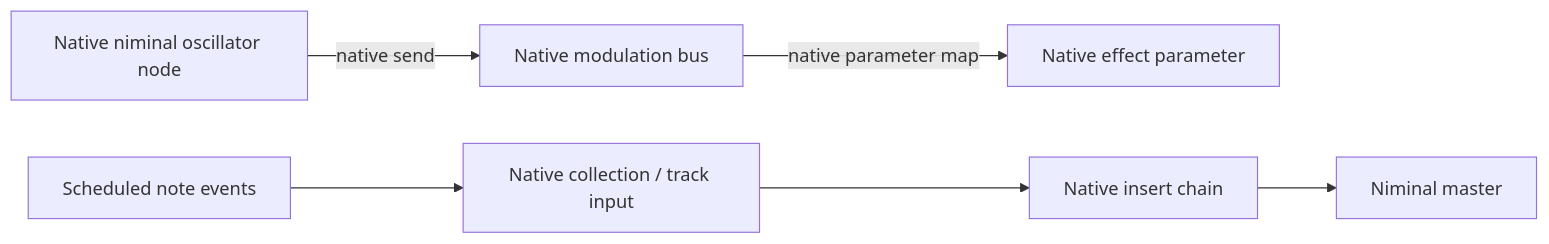
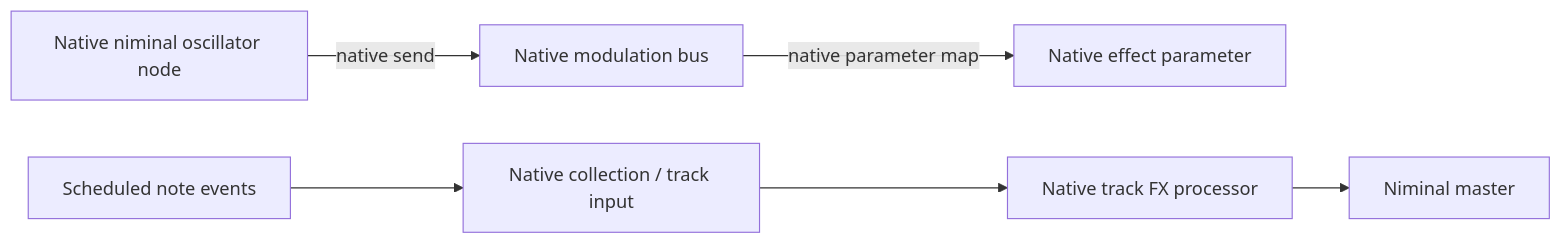
Before and after one commit to martineastwood/niminal: the diagram in tracker/ARCHITECTURE.md, drawn with Mermaid. The commit also changed 53 other files, not shown here.

````diff
--- a/tracker/ARCHITECTURE.md
+++ b/tracker/ARCHITECTURE.md
@@ -9,8 +9,8 @@
 ```mermaid
 flowchart LR
   LFO[Native niminal oscillator node] -->|native send| Bus[Native modulation bus]
   Bus -->|native parameter map| FX[Native effect parameter]
   Notes[Scheduled note events] --> Input[Native collection / track input]
-  Input --> Insert[Native insert chain]
+  Input --> Insert[Native track FX processor]
   Insert --> Master[Niminal master]
 ```
````
